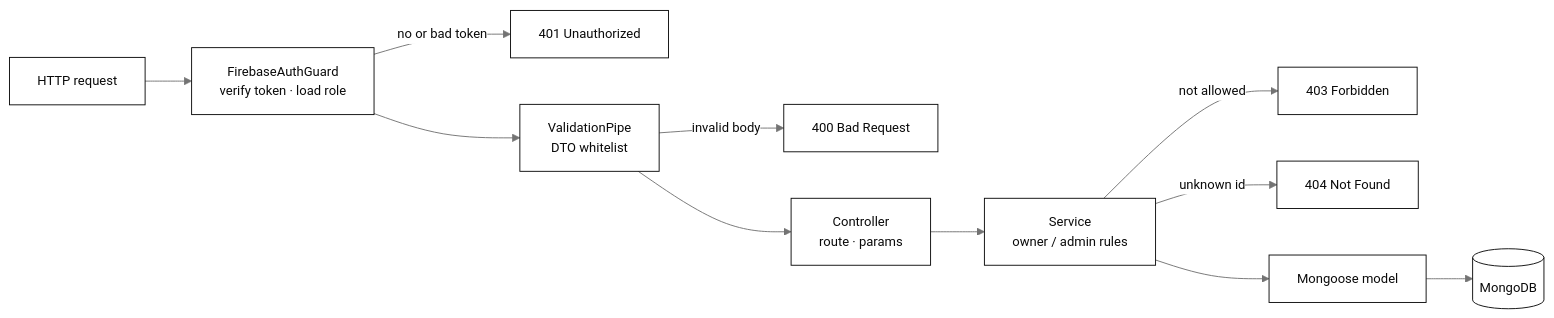
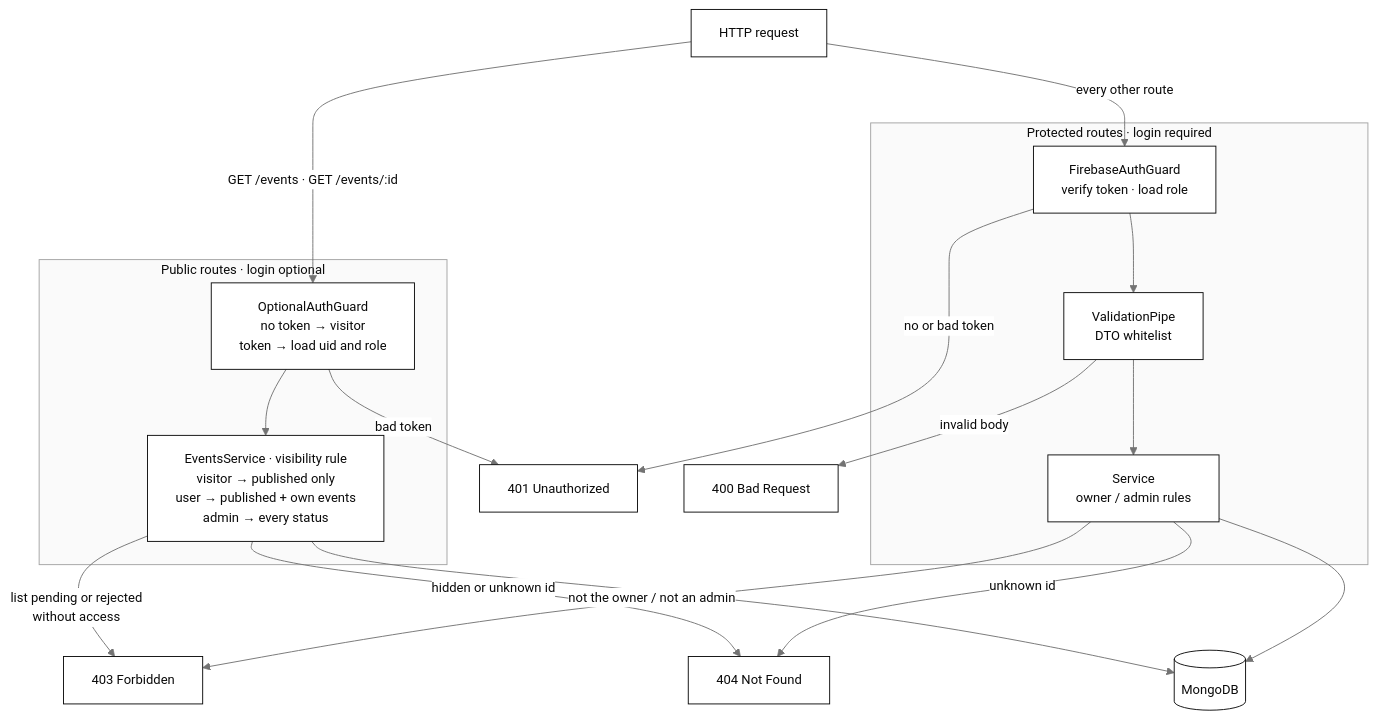
Before and after one commit to juannarowe/artroute: the third of 9 diagrams in README.md, drawn with Mermaid. The commit also changed other lines of this file, not shown here.

Commit message:
docs: show public vs protected routes and event visibility in the diagrams

````diff
--- a/README.md
+++ b/README.md
@@ -145,14 +148,32 @@
 ```mermaid
 %%{init: {"theme": "base", "themeVariables": {"fontFamily": "ui-sans-serif, system-ui, sans-serif", "fontSize": "14px", "primaryColor": "#ffffff", "primaryTextColor": "#0a0a0a", "primaryBorderColor": "#0a0a0a", "secondaryColor": "#f5f5f5", "tertiaryColor": "#fafafa", "lineColor": "#737373", "textColor": "#737373", "clusterBkg": "#fafafa", "clusterBorder": "#a3a3a3", "titleColor": "#0a0a0a", "edgeLabelBackground": "#ffffff", "actorBkg": "#ffffff", "actorBorder": "#0a0a0a", "actorTextColor": "#0a0a0a", "actorLineColor": "#a3a3a3", "signalColor": "#737373", "signalTextColor": "#737373", "noteBkgColor": "#f5f5f5", "noteBorderColor": "#a3a3a3", "noteTextColor": "#0a0a0a", "labelBoxBkgColor": "#ffffff", "labelBoxBorderColor": "#0a0a0a", "labelTextColor": "#0a0a0a", "loopTextColor": "#737373", "activationBkgColor": "#f5f5f5", "activationBorderColor": "#0a0a0a", "attributeBackgroundColorOdd": "#ffffff", "attributeBackgroundColorEven": "#f5f5f5"}}}%%
-flowchart LR
-  req["HTTP request"] --> guard["FirebaseAuthGuard<br/>verify token · load role"]
-  guard -- "no or bad token" --> e401["401 Unauthorized"]
-  guard --> pipe["ValidationPipe<br/>DTO whitelist"]
+flowchart TB
+  req["HTTP request"]
+
+  subgraph publicRoutes ["Public routes · login optional"]
+    optional["OptionalAuthGuard<br/>no token → visitor<br/>token → load uid and role"]
+    visibility["EventsService · visibility rule<br/>visitor → published only<br/>user → published + own events<br/>admin → every status"]
+    optional --> visibility
+  end
+
+  subgraph protectedRoutes ["Protected routes · login required"]
+    guard["FirebaseAuthGuard<br/>verify token · load role"]
+    pipe["ValidationPipe<br/>DTO whitelist"]
+    rules["Service<br/>owner / admin rules"]
+    guard --> pipe
+    pipe --> rules
+  end
+
+  req -- "GET /events · GET /events/:id" --> optional
+  req -- "every other route" --> guard
+
+  optional -- "bad token" --> e401["401 Unauthorized"]
+  guard -- "no or bad token" --> e401
   pipe -- "invalid body" --> e400["400 Bad Request"]
-  pipe --> ctrl["Controller<br/>route · params"]
-  ctrl --> svc["Service<br/>owner / admin rules"]
-  svc -- "not allowed" --> e403["403 Forbidden"]
-  svc -- "unknown id" --> e404["404 Not Found"]
-  svc --> model["Mongoose model"]
-  model --> db[("MongoDB")]
+  visibility -- "list pending or rejected<br/>without access" --> e403["403 Forbidden"]
+  rules -- "not the owner / not an admin" --> e403
+  visibility -- "hidden or unknown id" --> e404["404 Not Found"]
+  rules -- "unknown id" --> e404
+  visibility --> db[("MongoDB")]
+  rules --> db
 ```
````
